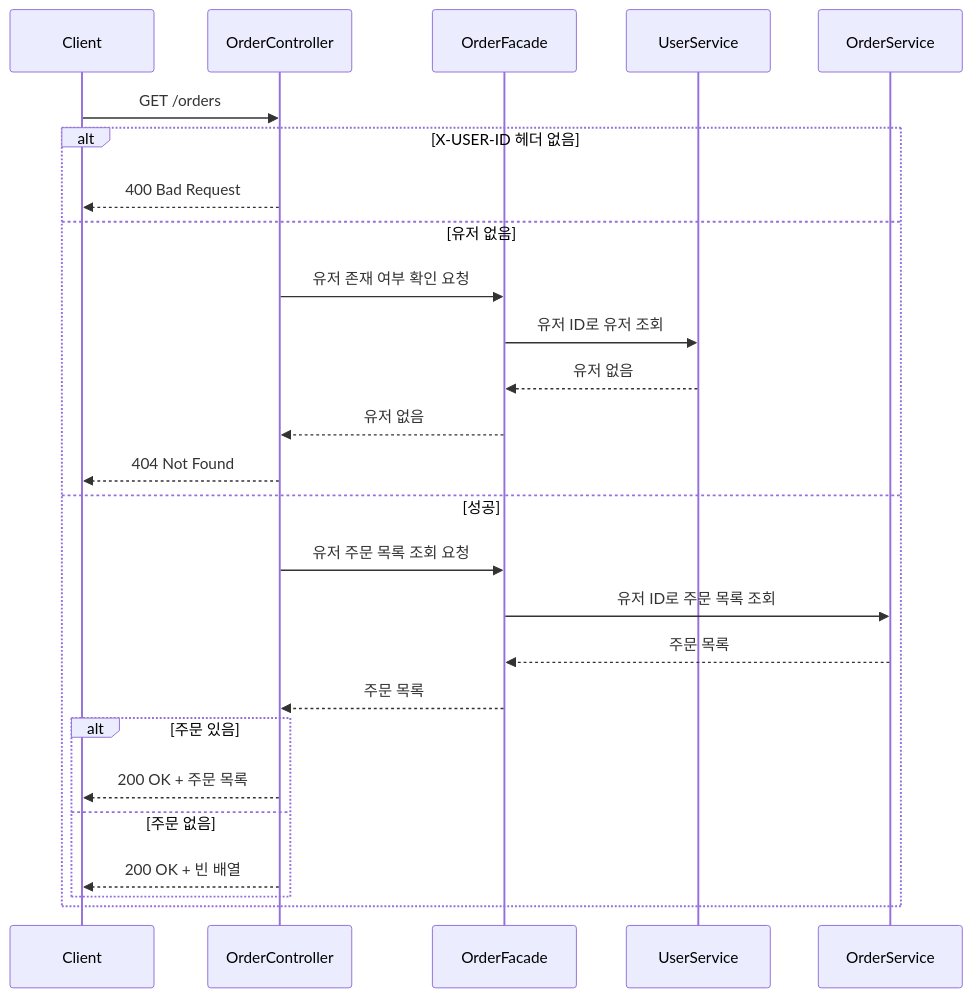
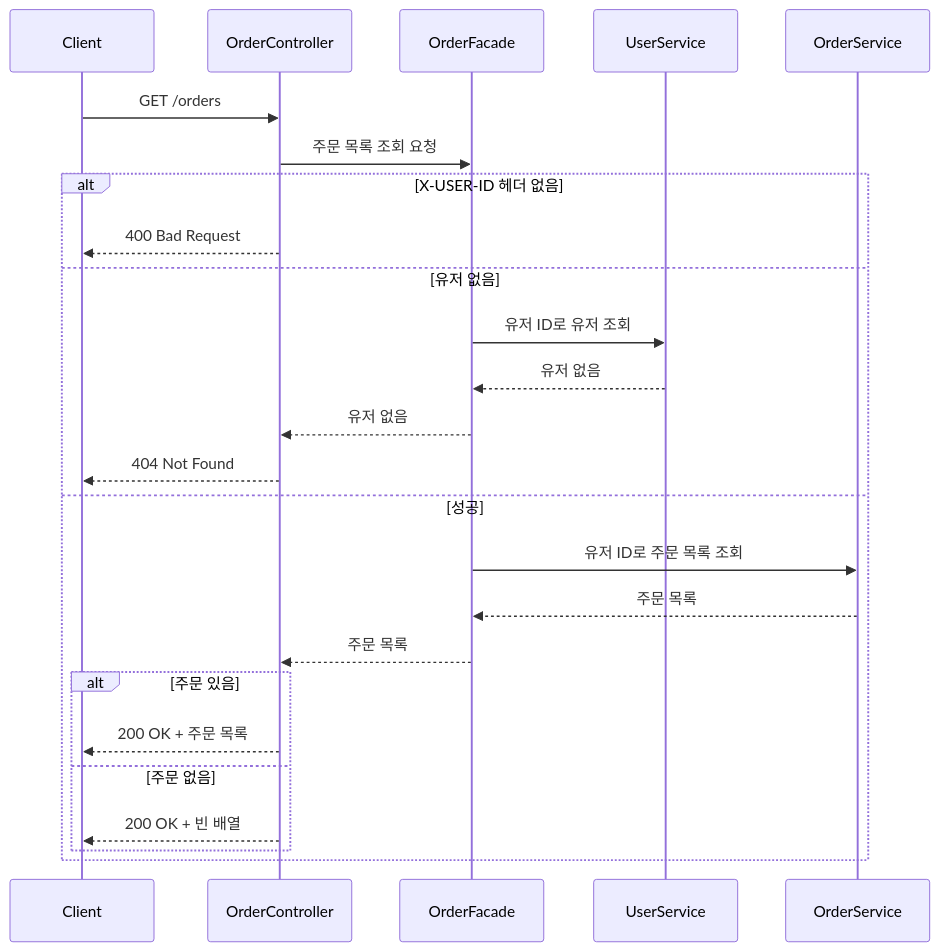
One commit to HYEONMIN94/loopers-spring-kotlin-template changed diagram 13 of 15 in docs/design/02-sequence-diagrams.md. Above: the diagram before and after it, drawn with Mermaid. The commit also changed other lines of this file, not shown here.

````diff
--- a/docs/design/02-sequence-diagrams.md
+++ b/docs/design/02-sequence-diagrams.md
@@ -478,31 +474,30 @@
 ```mermaid
 sequenceDiagram
     participant Client
     participant OrderController
     participant OrderFacade
     participant UserService
     participant OrderService
 
     Client->>OrderController: GET /orders
+    OrderController->>OrderFacade: 주문 목록 조회 요청
 
     alt X-USER-ID 헤더 없음
         OrderController-->>Client: 400 Bad Request
     else 유저 없음
-        OrderController->>OrderFacade: 유저 존재 여부 확인 요청
         OrderFacade->>UserService: 유저 ID로 유저 조회
         UserService-->>OrderFacade: 유저 없음
         OrderFacade-->>OrderController: 유저 없음
         OrderController-->>Client: 404 Not Found
     else 성공
-        OrderController->>OrderFacade: 유저 주문 목록 조회 요청
         OrderFacade->>OrderService: 유저 ID로 주문 목록 조회
         OrderService-->>OrderFacade: 주문 목록
         OrderFacade-->>OrderController: 주문 목록
 
         alt 주문 있음
             OrderController-->>Client: 200 OK + 주문 목록
         else 주문 없음
             OrderController-->>Client: 200 OK + 빈 배열
         end
     end
 ```
````
